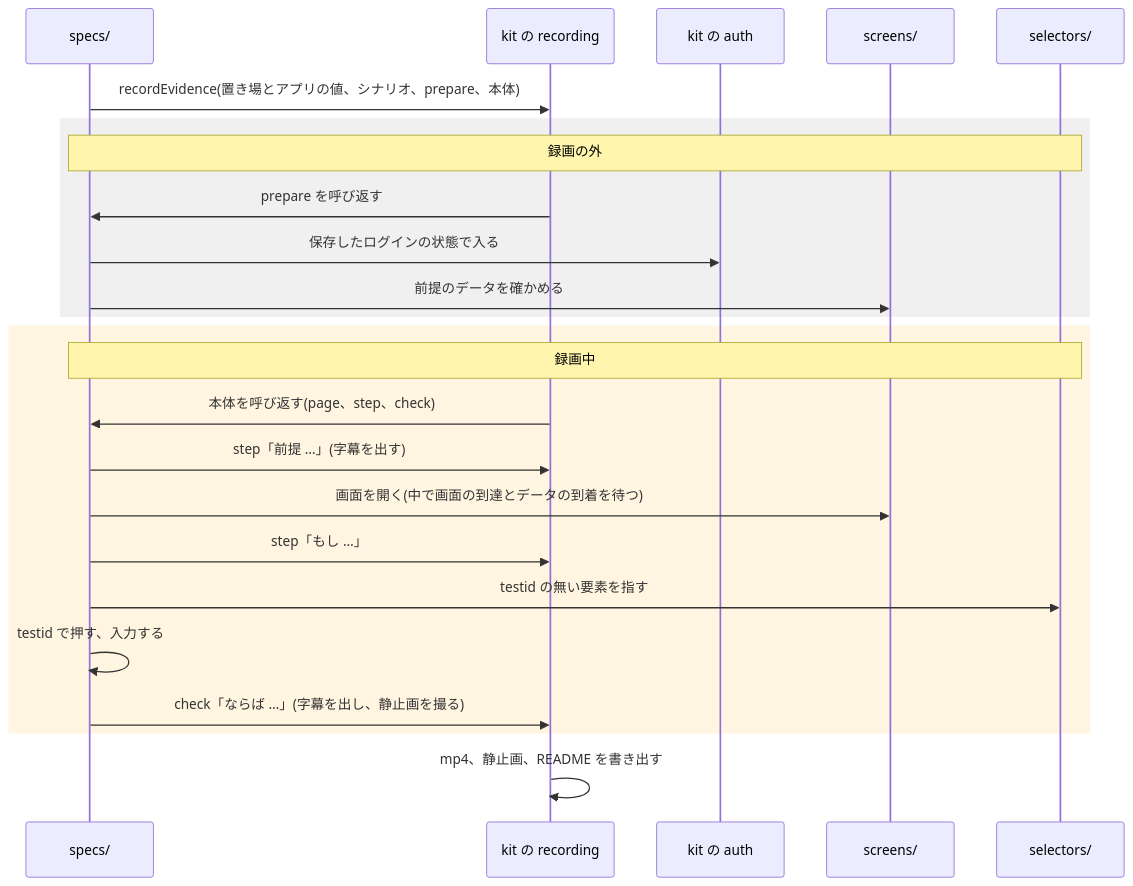
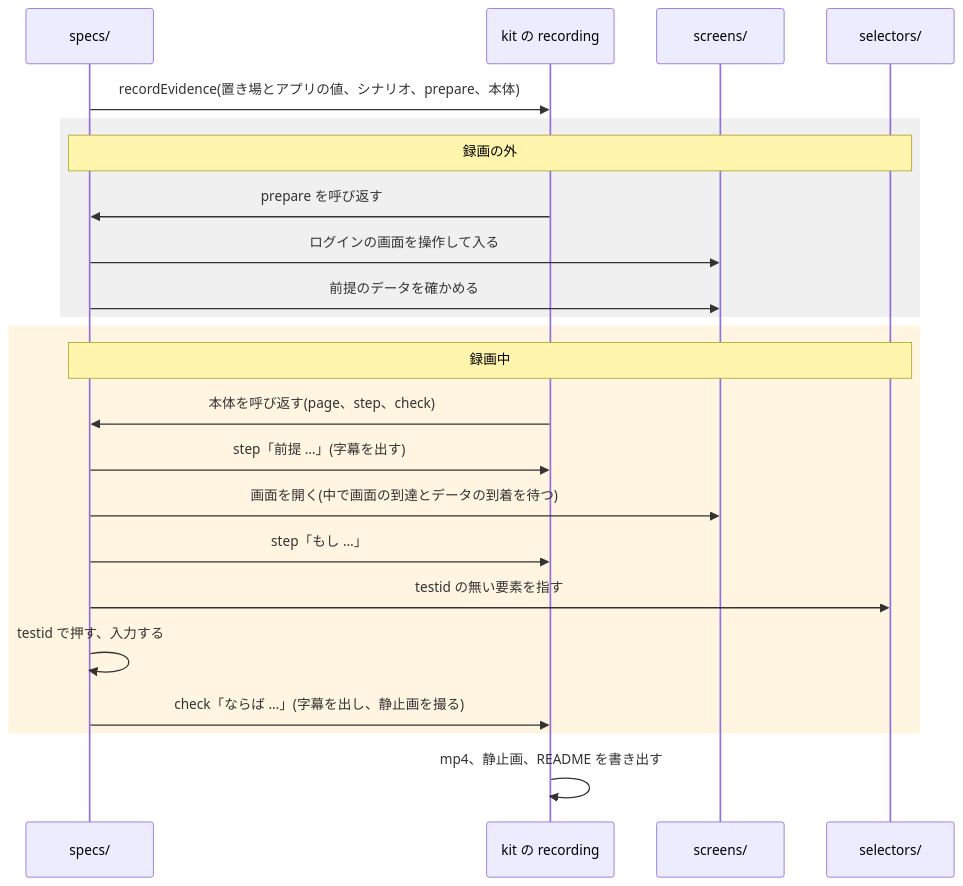
Before and after one commit to Fukuemon/buddy: the third of 4 diagrams in packages/e2e/DesignDoc.md, drawn with Mermaid. The commit also changed other lines of this file and 2 other files, not shown here.

````diff
--- a/packages/e2e/DesignDoc.md
+++ b/packages/e2e/DesignDoc.md
@@ -137,27 +138,26 @@
 ```mermaid
 sequenceDiagram
   participant spec as specs/
   participant rec as kit の recording
-  participant auth as kit の auth
   participant scr as screens/
   participant sel as selectors/
 
   spec->>rec: recordEvidence(置き場とアプリの値、シナリオ、prepare、本体)
   rect rgb(240, 240, 240)
     Note over spec,sel: 録画の外
     rec->>spec: prepare を呼び返す
-    spec->>auth: 保存したログインの状態で入る
+    spec->>scr: ログインの画面を操作して入る
     spec->>scr: 前提のデータを確かめる
   end
   rect rgb(255, 245, 225)
     Note over spec,sel: 録画中
     rec->>spec: 本体を呼び返す(page、step、check)
     spec->>rec: step「前提 …」(字幕を出す)
     spec->>scr: 画面を開く(中で画面の到達とデータの到着を待つ)
     spec->>rec: step「もし …」
     spec->>sel: testid の無い要素を指す
     spec->>spec: testid で押す、入力する
     spec->>rec: check「ならば …」(字幕を出し、静止画を撮る)
   end
   rec->>rec: mp4、静止画、README を書き出す
 ```
````
